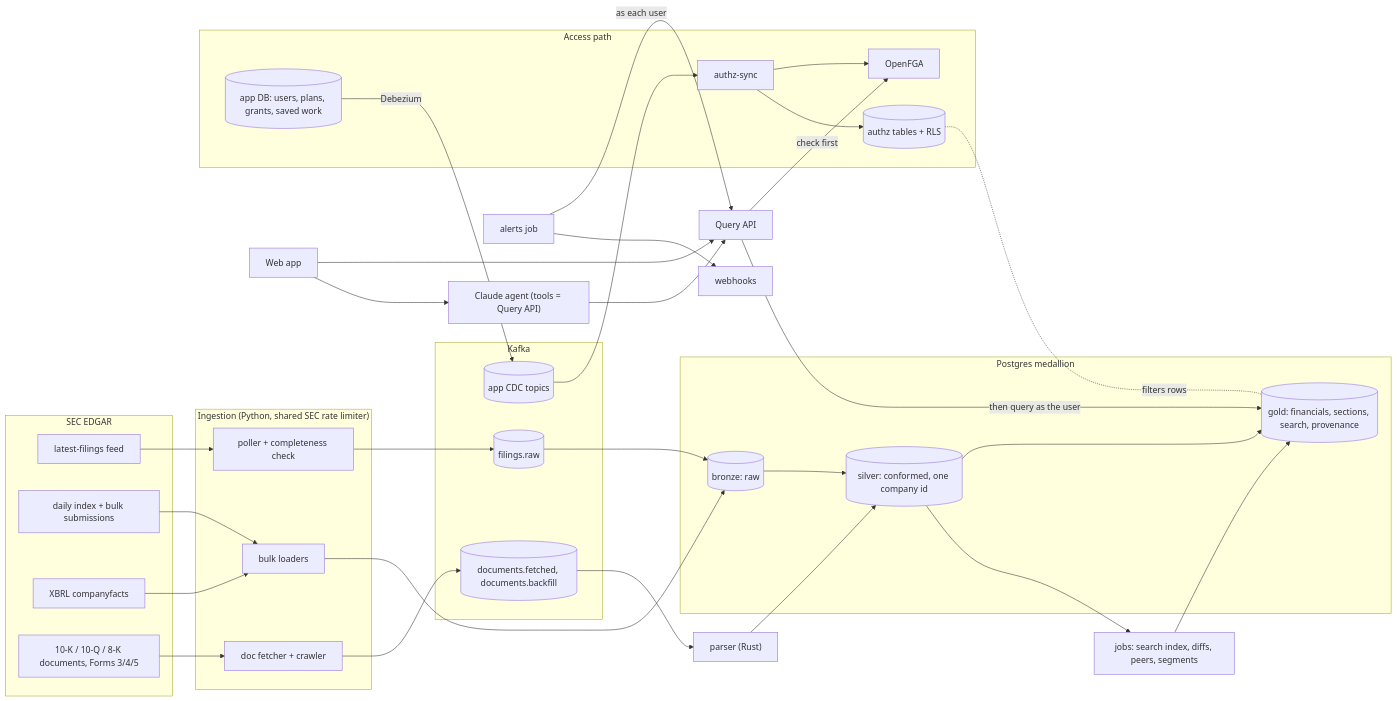
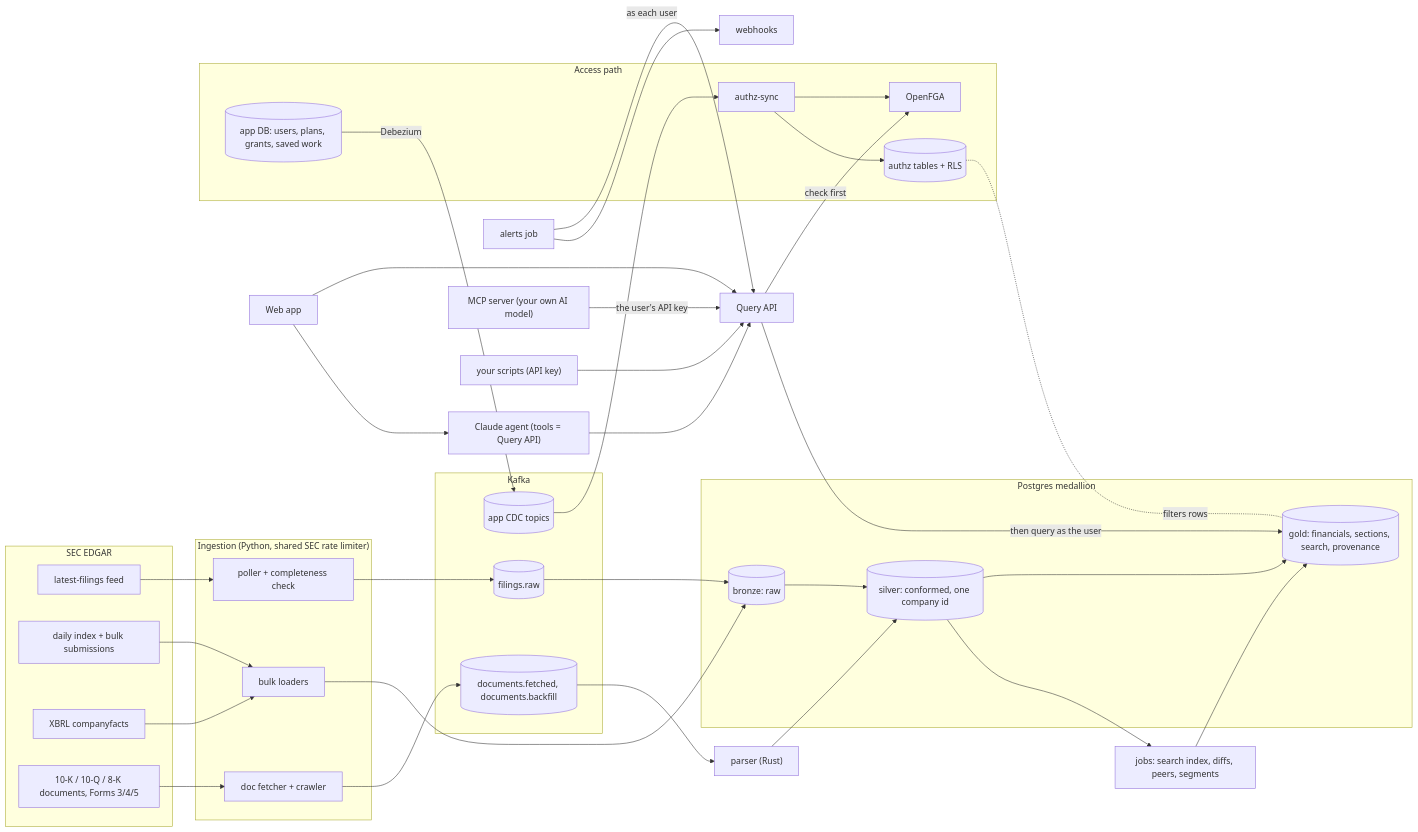
The diagram in README.md (LucasGroves0102/tributary), drawn with Mermaid before and after one commit. The commit also changed other lines of this file and 1 other file, not shown here.

Commit message:
README: current numbers (2026-11-16), API keys, MCP, the Seal look and filing tables, in a shorter page; the long version in DESIGN.md

````diff
--- a/README.md
+++ b/README.md
@@ -125,53 +86,57 @@
 ```mermaid
 flowchart LR
   subgraph SEC["SEC EDGAR"]
     feed[latest-filings feed]
     idx[daily index + bulk submissions]
     xbrl[XBRL companyfacts]
     docs[10-K / 10-Q / 8-K documents, Forms 3/4/5]
   end
   subgraph ingest["Ingestion (Python, shared SEC rate limiter)"]
     poller[poller + completeness check]
     loaders[bulk loaders]
     fetcher[doc fetcher + crawler]
   end
   subgraph kafka["Kafka"]
     raw[(filings.raw)]
     fetched[(documents.fetched, documents.backfill)]
     cdc[(app CDC topics)]
   end
   parser["parser (Rust)"]
   jobs["jobs: search index, diffs, peers, segments"]
   subgraph pg["Postgres medallion"]
     bronze[(bronze: raw)]
     silver[(silver: conformed, one company id)]
     gold[(gold: financials, sections, search, provenance)]
   end
   subgraph access["Access path"]
     appdb[(app DB: users, plans, grants, saved work)]
     sync[authz-sync]
     fga[OpenFGA]
     rls[(authz tables + RLS)]
   end
   api[Query API]
   alerts[alerts job]
   hooks[webhooks]
   agent["Claude agent (tools = Query API)"]
   web[Web app]
+  mcp["MCP server (your own AI model)"]
+  scripts["your scripts (API key)"]
 
   feed --> poller --> raw --> bronze
   idx --> loaders --> bronze
   xbrl --> loaders
   docs --> fetcher --> fetched --> parser --> silver
   bronze --> silver --> gold
   silver --> jobs --> gold
   appdb -- Debezium --> cdc --> sync --> fga
   sync --> rls
   web --> api
   web --> agent --> api
+  mcp -- the user's API key --> api
+  scripts --> api
   api -- check first --> fga
   api -- then query as the user --> gold
   rls -. filters rows .- gold
   alerts -- as each user --> api
   alerts --> hooks
 ```
````
